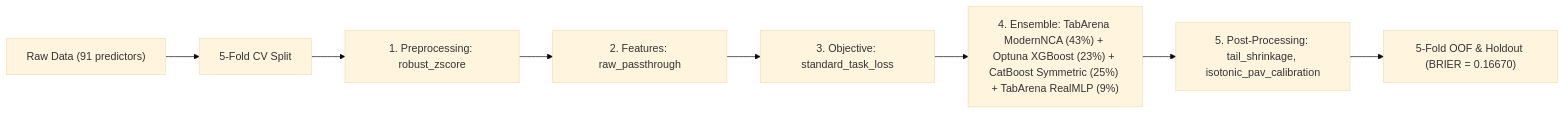
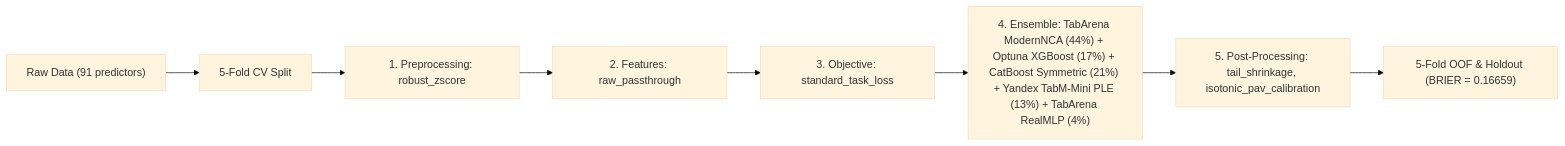
The diagram in README.md (stefanoclss/March-Machine-Learning-Mania-2026), drawn with Mermaid (base theme) before and after one commit. The commit also changed other lines of this file, not shown here.

First line of the commit message:
docs(readme): refresh verified OOF benchmark & build ledger (BRIER=0.16659)

````diff
--- a/README.md
+++ b/README.md
@@ -82,10 +84,10 @@
 ```mermaid
 flowchart LR
     DATA["Raw Data (91 predictors)"] --> SPLIT["5-Fold CV Split"]
     SPLIT --> PRE["1. Preprocessing: robust_zscore"]
     PRE --> FEAT["2. Features: raw_passthrough"]
     FEAT --> OBJ["3. Objective: standard_task_loss"]
-    OBJ --> M0["4. Ensemble: TabArena ModernNCA (43%) + Optuna XGBoost (23%) + CatBoost Symmetric (25%) + TabArena RealMLP (9%)"]
+    OBJ --> M0["4. Ensemble: TabArena ModernNCA (44%) + Optuna XGBoost (17%) + CatBoost Symmetric (21%) + Yandex TabM-Mini PLE (13%) + TabArena RealMLP (4%)"]
     M0 --> POST["5. Post-Processing: tail_shrinkage, isotonic_pav_calibration"]
-    POST --> OUT["5-Fold OOF & Holdout (BRIER = 0.16670)"]
+    POST --> OUT["5-Fold OOF & Holdout (BRIER = 0.16659)"]
 ```
````
